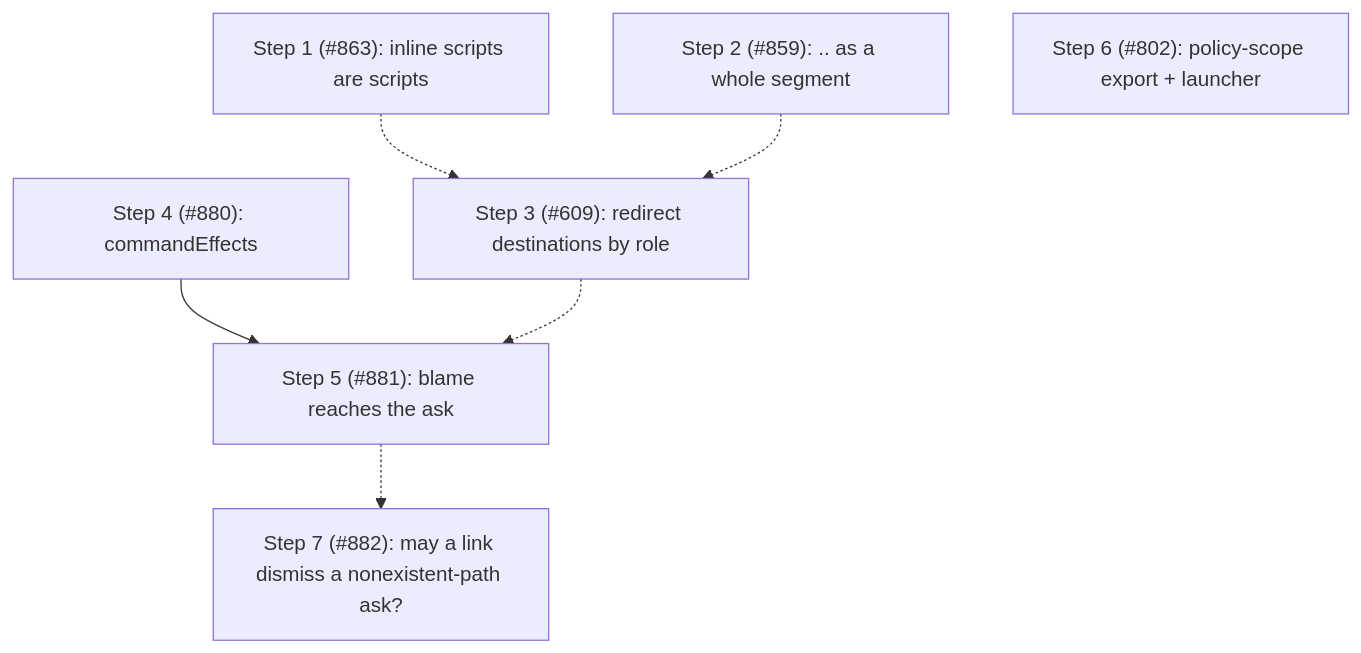
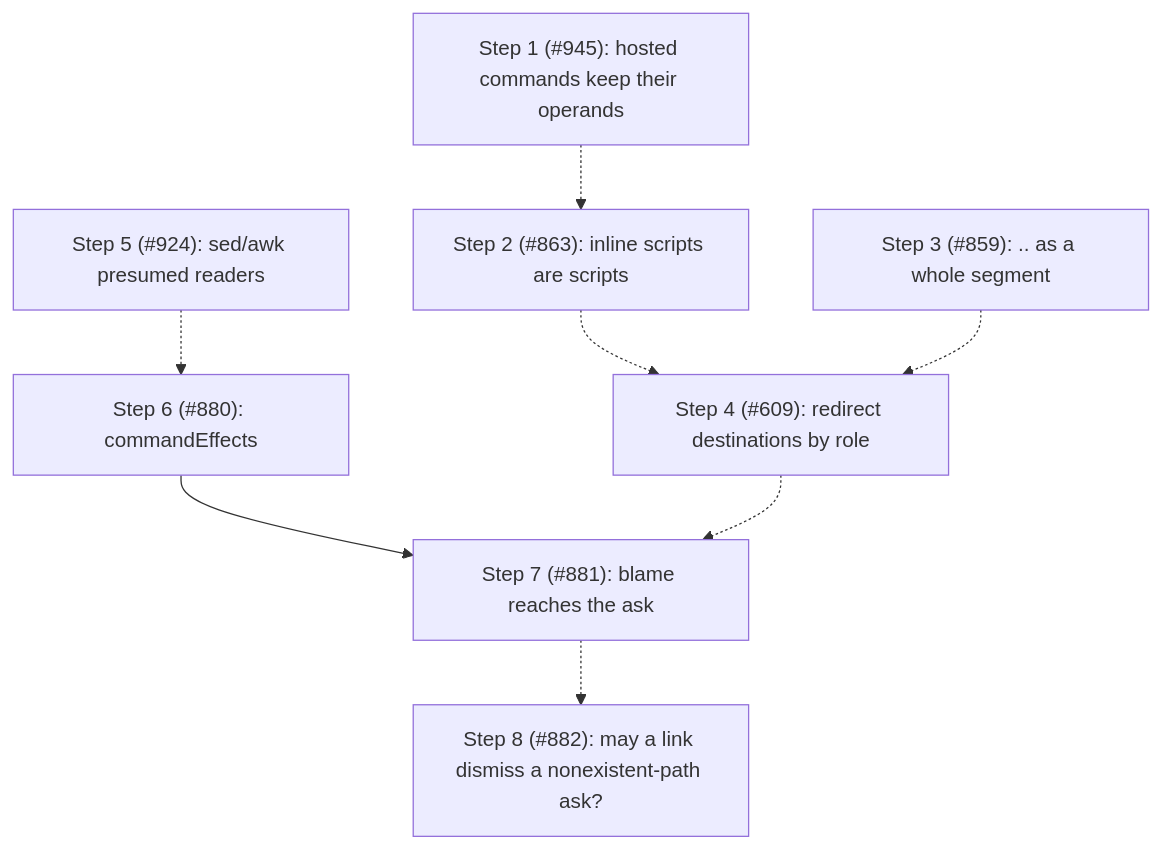
Before and after one commit to Jopqior/gotgenes-pi-packages: the fourth of 4 diagrams in packages/pi-permission-system/docs/architecture/architecture.md, drawn with Mermaid. The commit also changed other lines of this file and 2 other files, not shown here.

````diff
--- a/packages/pi-permission-system/docs/architecture/architecture.md
+++ b/packages/pi-permission-system/docs/architecture/architecture.md
@@ -1319,9 +1358,10 @@
 ```mermaid
 flowchart TD
-    S1["Step 1 (#863): inline scripts are scripts"] -.-> S3["Step 3 (#609): redirect destinations by role"]
-    S2["Step 2 (#859): .. as a whole segment"] -.-> S3
-    S4["Step 4 (#880): commandEffects"] --> S5["Step 5 (#881): blame reaches the ask"]
-    S3 -.-> S5
-    S6["Step 6 (#802): policy-scope export + launcher"]
-    S5 -.-> S7["Step 7 (#882): may a link dismiss a nonexistent-path ask?"]
+    S1["Step 1 (#945): hosted commands keep their operands"] -.-> S2["Step 2 (#863): inline scripts are scripts"]
+    S2 -.-> S4["Step 4 (#609): redirect destinations by role"]
+    S3["Step 3 (#859): .. as a whole segment"] -.-> S4
+    S5["Step 5 (#924): sed/awk presumed readers"] -.-> S6["Step 6 (#880): commandEffects"]
+    S6 --> S7["Step 7 (#881): blame reaches the ask"]
+    S4 -.-> S7
+    S7 -.-> S8["Step 8 (#882): may a link dismiss a nonexistent-path ask?"]
 ```
````
